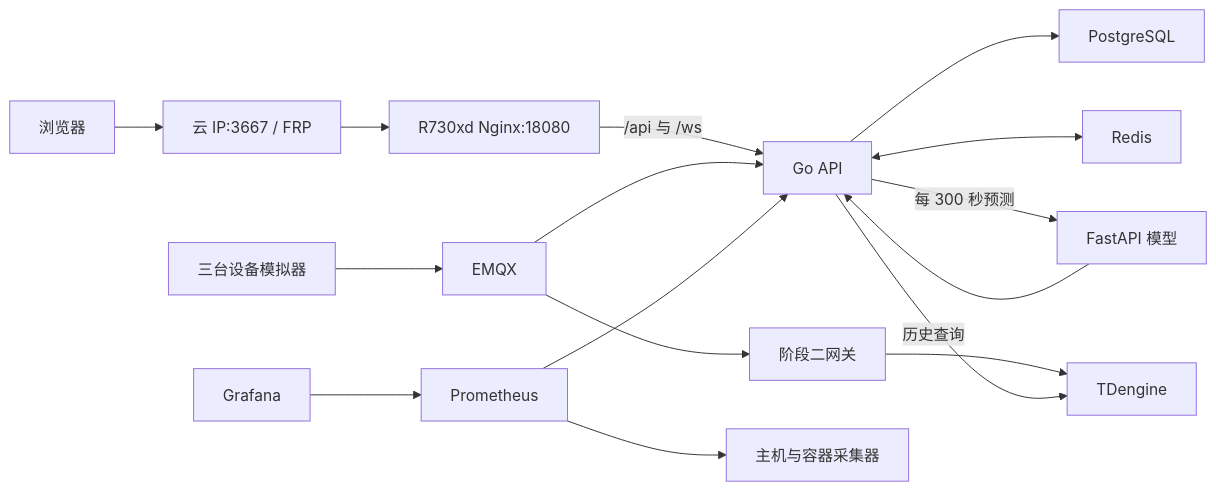
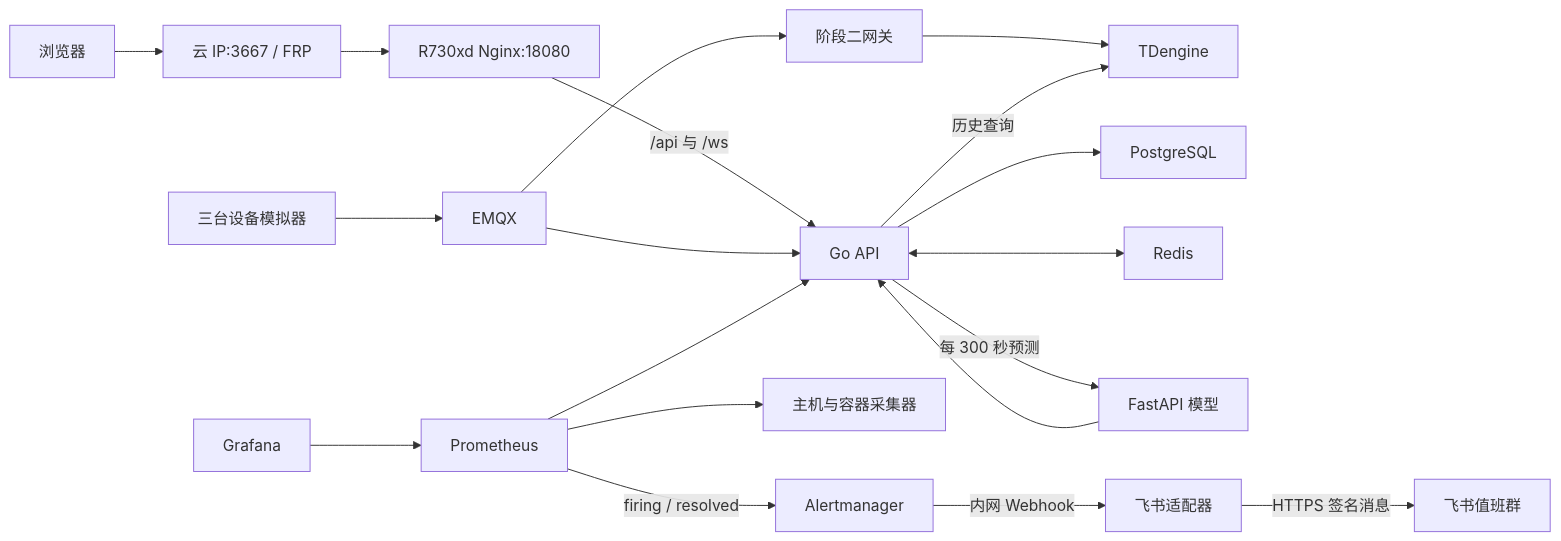
Before and after one commit to Cyan-carp/PowerSystem: the diagram in 平台运维与二次开发手册.md, drawn with Mermaid. The commit also changed other lines of this file and 44 other files, not shown here.

````diff
--- a/平台运维与二次开发手册.md
+++ b/平台运维与二次开发手册.md
@@ -17,16 +18,19 @@
 ```mermaid
 flowchart LR
   B[浏览器] --> F[云 IP:3667 / FRP]
   F --> N[R730xd Nginx:18080]
   N -->|/api 与 /ws| API[Go API]
   SIM[三台设备模拟器] --> MQ[EMQX]
   MQ --> G[阶段二网关] --> TD[TDengine]
   MQ --> API --> PG[PostgreSQL]
   API <--> RD[Redis]
   API -->|每 300 秒预测| AI[FastAPI 模型]
   AI --> API
   API -->|历史查询| TD
   PR[Prometheus] --> API
   PR --> EX[主机与容器采集器]
   GF[Grafana] --> PR
+  PR -->|firing / resolved| AM[Alertmanager]
+  AM -->|内网 Webhook| FA[飞书适配器]
+  FA -->|HTTPS 签名消息| FG[飞书值班群]
 ```
````
